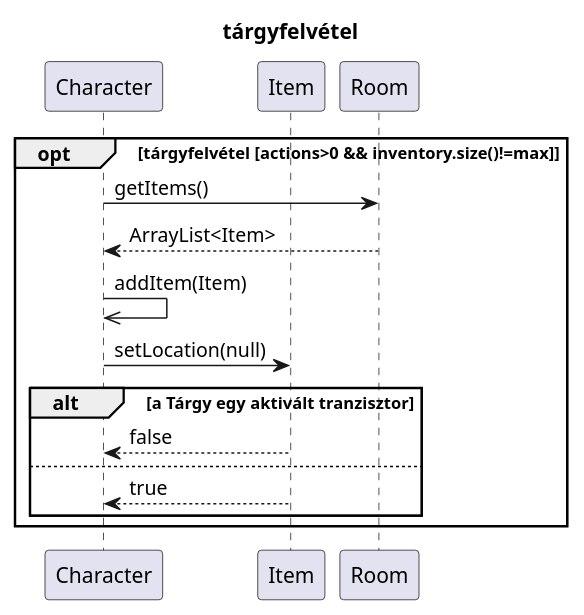
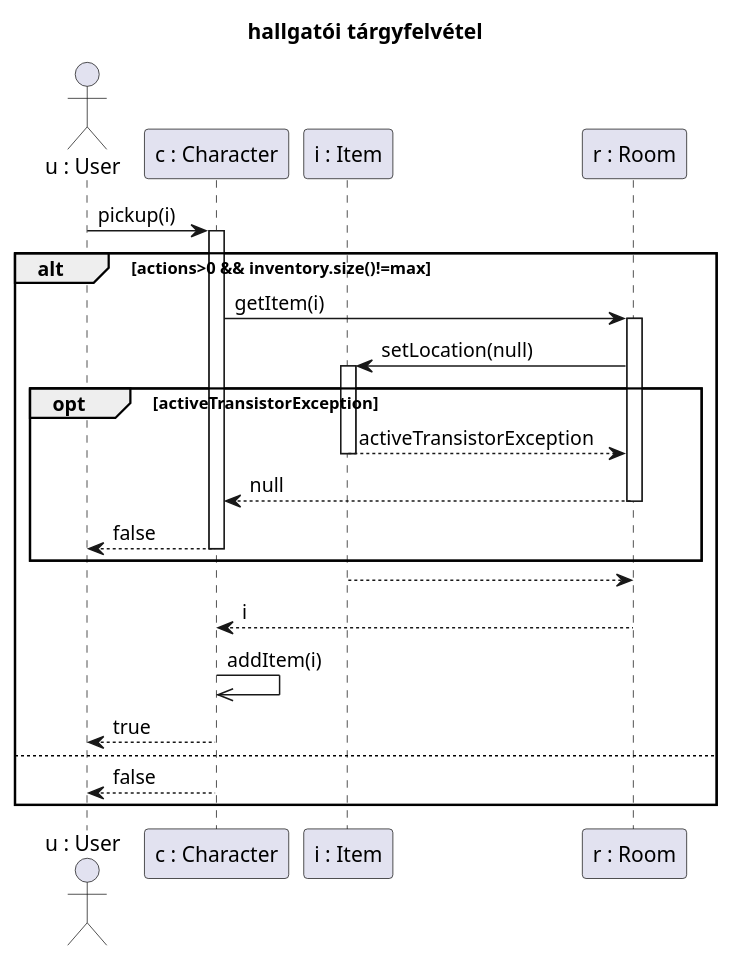
The second of 4 diagrams in diagramms/src/drop_pickup.puml (kipolaris/skyrimscriptsuttogok), drawn with PlantUML before and after one commit. The commit also changed other lines of this file and 27 other files, not shown here.

Commit message:
finished fixing sequence diagrams based on labvez opinion

```diff
--- a/diagramms/src/drop_pickup.puml
+++ b/diagramms/src/drop_pickup.puml
@@ -22,24 +23,35 @@
 @startuml pickup
 
-title tárgyfelvétel
+title hallgatói tárgyfelvétel
 
-participant Character as char
-participant Item as t
-participant Room as sz
+actor "u : User" as u
+participant "c : Character" as char
+participant "i : Item" as t
+participant "r : Room" as sz
 
-opt tárgyfelvétel [actions>0 && inventory.size()!=max]
-    char->sz : getItems()
-    return ArrayList<Item>
+u->char ++: pickup(i)
 
-    char->>char : addItem(Item)
-    char->t : setLocation(null)
+alt actions>0 && inventory.size()!=max
+    char->sz ++: getItem(i)
 
-    alt a Tárgy egy aktivált tranzisztor
-        t-->char : false
-    else
-        t-->char : true
+    sz->t ++: setLocation(null)
+    
+    opt activeTransistorException
+        t-->sz --: activeTransistorException
+        sz-->char --: null
+        char-->u --: false
     end
+
+    t-->sz --:
+
+    sz-->char --: i
+
+    char->>char : addItem(i)
+
+    char-->u --: true
+else
+    char-->u --: false
 end
 
 
 @enduml
```
